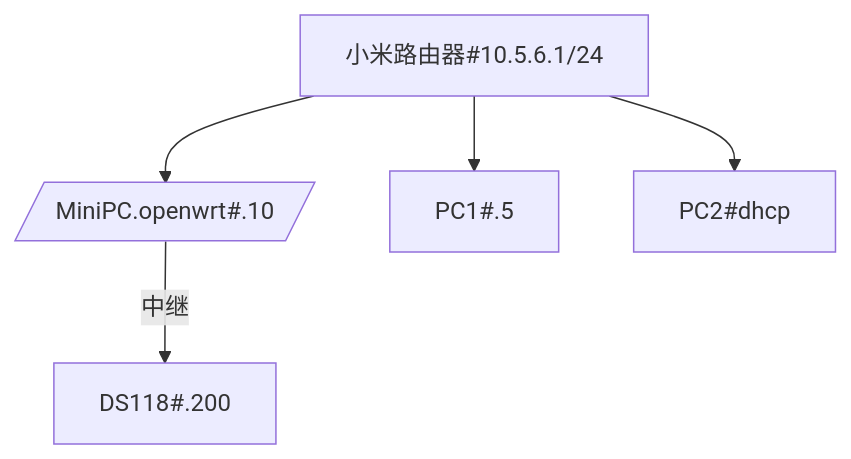
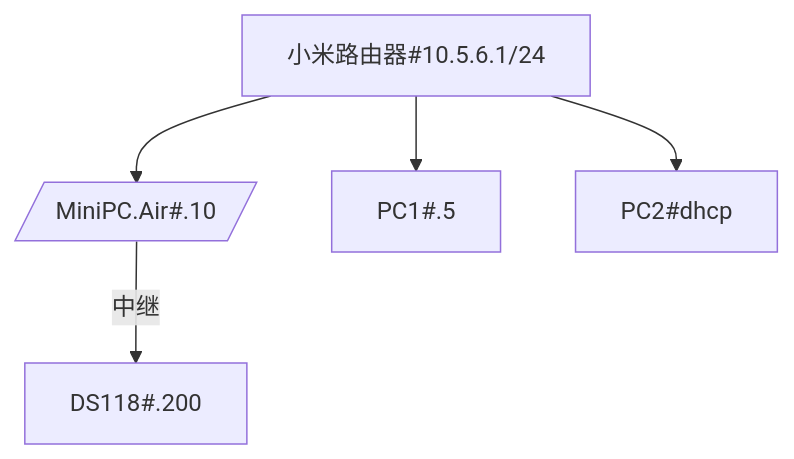
The second of 2 diagrams in lab/index.md (charlzyx/boom), drawn with Mermaid before and after one commit. The commit also changed other lines of this file and 9 other files, not shown here.

````diff
--- a/lab/index.md
+++ b/lab/index.md
@@ -53,12 +53,12 @@
 ```mermaid
 graph TD
   A[小米路由器#10.5.6.1/24]
-  B1[/MiniPC.openwrt#.10/]
+  B1[/MiniPC.Air#.10/]
   B2[PC1#.5]
   B3[PC2#dhcp]
   C2[DS118#.200]
   A --> B1 -- 中继 --> C2
   A --> B2
   A --> B3
 
 ```
````
